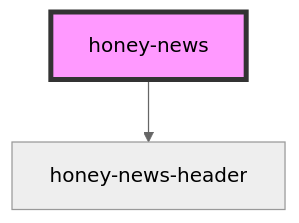
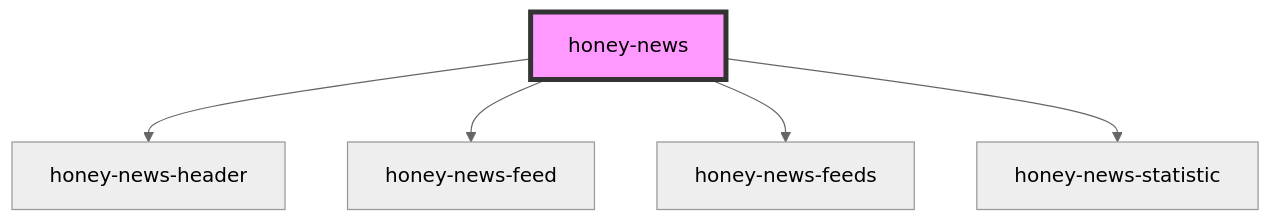
Before and after one commit to Huluvu424242/huluvu424242.github.io: the diagram in src/components/honey-news/readme.md, drawn with Mermaid (neutral theme). The commit also changed other lines of this file and 30 other files, not shown here.

````diff
--- a/src/components/honey-news/readme.md
+++ b/src/components/honey-news/readme.md
@@ -22,5 +25,8 @@
 ```mermaid
 graph TD;
   honey-news --> honey-news-header
+  honey-news --> honey-news-feed
+  honey-news --> honey-news-feeds
+  honey-news --> honey-news-statistic
   style honey-news fill:#f9f,stroke:#333,stroke-width:4px
 ```
````
